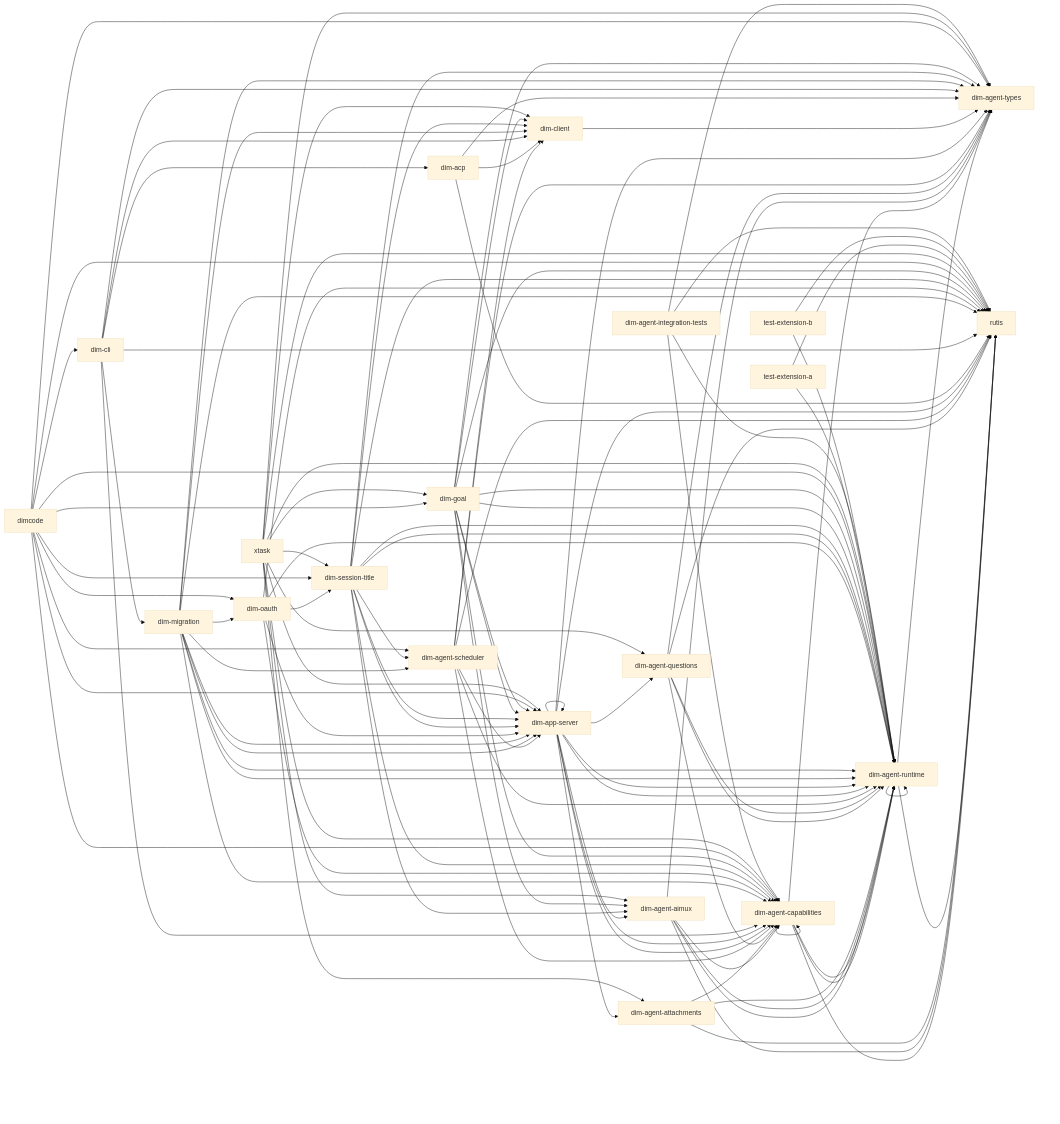
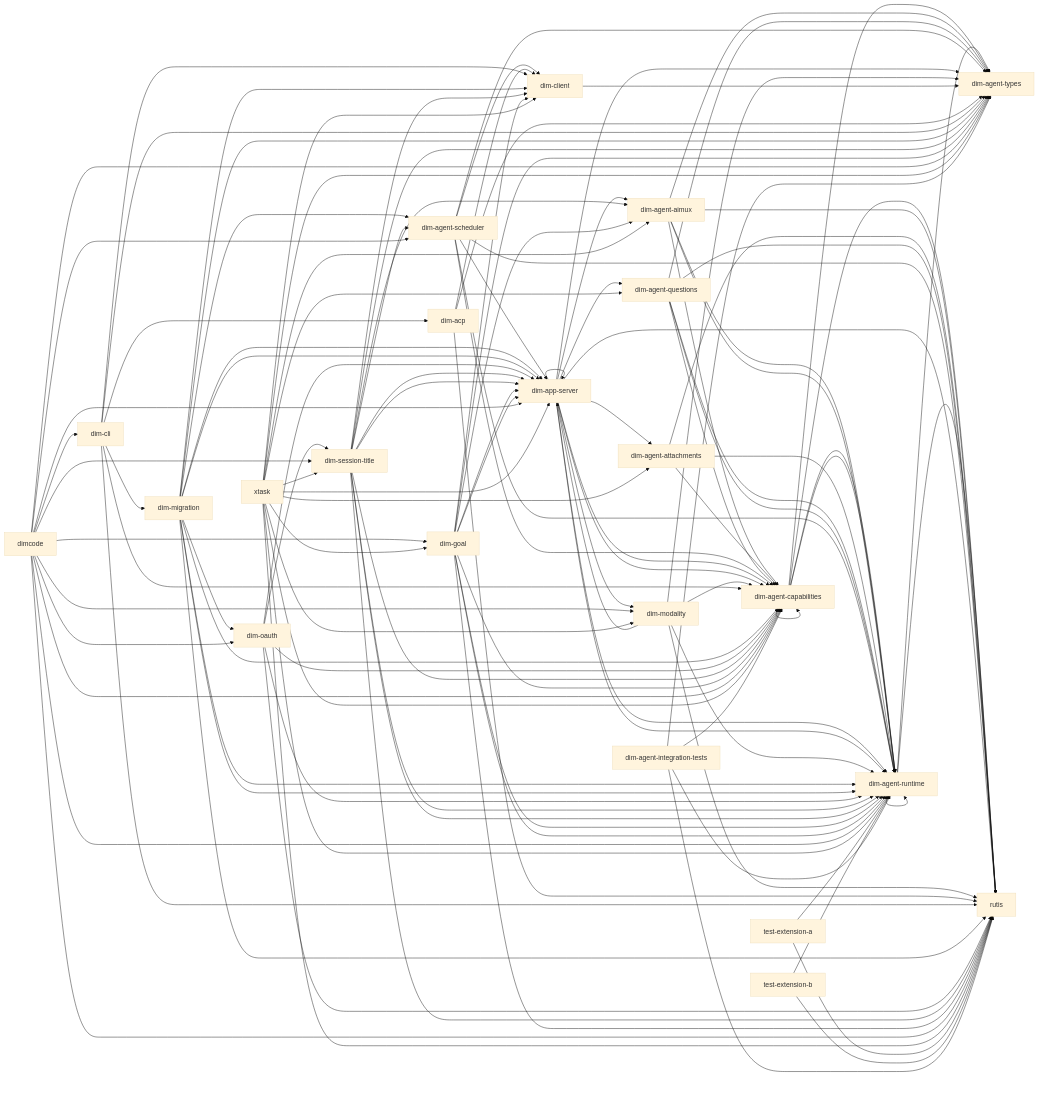
The diagram in docs/architecture/rust-agent/generated/crates.mmd (CoutinhoTTS/dim-agent), drawn with Mermaid (base theme) before and after one commit. The commit also changed 22 other files, not shown here.

```diff
--- a/docs/architecture/rust-agent/generated/crates.mmd
+++ b/docs/architecture/rust-agent/generated/crates.mmd
@@ -1,112 +1,120 @@
 %% Generated from cargo metadata; do not edit.
 flowchart LR
   dim_agent_runtime["dim-agent-runtime"] --> dim_agent_types["dim-agent-types"]
   dim_agent_runtime["dim-agent-runtime"] --> rutis["rutis"]
   dim_agent_runtime["dim-agent-runtime"] --> dim_agent_runtime["dim-agent-runtime"]
   dim_agent_capabilities["dim-agent-capabilities"] --> dim_agent_runtime["dim-agent-runtime"]
   dim_agent_capabilities["dim-agent-capabilities"] --> dim_agent_types["dim-agent-types"]
   dim_agent_capabilities["dim-agent-capabilities"] --> rutis["rutis"]
   dim_agent_capabilities["dim-agent-capabilities"] --> dim_agent_capabilities["dim-agent-capabilities"]
   dim_agent_capabilities["dim-agent-capabilities"] --> dim_agent_runtime["dim-agent-runtime"]
   dim_agent_aimux["dim-agent-aimux"] --> dim_agent_capabilities["dim-agent-capabilities"]
   dim_agent_aimux["dim-agent-aimux"] --> dim_agent_runtime["dim-agent-runtime"]
   dim_agent_aimux["dim-agent-aimux"] --> dim_agent_types["dim-agent-types"]
   dim_agent_aimux["dim-agent-aimux"] --> rutis["rutis"]
   dim_agent_aimux["dim-agent-aimux"] --> dim_agent_runtime["dim-agent-runtime"]
   dim_agent_attachments["dim-agent-attachments"] --> dim_agent_capabilities["dim-agent-capabilities"]
   dim_agent_attachments["dim-agent-attachments"] --> dim_agent_runtime["dim-agent-runtime"]
   dim_agent_attachments["dim-agent-attachments"] --> rutis["rutis"]
   dim_agent_questions["dim-agent-questions"] --> dim_agent_capabilities["dim-agent-capabilities"]
   dim_agent_questions["dim-agent-questions"] --> dim_agent_runtime["dim-agent-runtime"]
   dim_agent_questions["dim-agent-questions"] --> dim_agent_types["dim-agent-types"]
   dim_agent_questions["dim-agent-questions"] --> rutis["rutis"]
   dim_agent_questions["dim-agent-questions"] --> dim_agent_runtime["dim-agent-runtime"]
   dim_agent_scheduler["dim-agent-scheduler"] --> dim_agent_capabilities["dim-agent-capabilities"]
   dim_agent_scheduler["dim-agent-scheduler"] --> dim_agent_runtime["dim-agent-runtime"]
   dim_agent_scheduler["dim-agent-scheduler"] --> dim_agent_types["dim-agent-types"]
   dim_agent_scheduler["dim-agent-scheduler"] --> dim_app_server["dim-app-server"]
   dim_agent_scheduler["dim-agent-scheduler"] --> rutis["rutis"]
   dim_agent_scheduler["dim-agent-scheduler"] --> dim_client["dim-client"]
   dim_app_server["dim-app-server"] --> dim_agent_aimux["dim-agent-aimux"]
   dim_app_server["dim-app-server"] --> dim_agent_attachments["dim-agent-attachments"]
   dim_app_server["dim-app-server"] --> dim_agent_capabilities["dim-agent-capabilities"]
   dim_app_server["dim-app-server"] --> dim_agent_questions["dim-agent-questions"]
   dim_app_server["dim-app-server"] --> dim_agent_runtime["dim-agent-runtime"]
   dim_app_server["dim-app-server"] --> dim_agent_types["dim-agent-types"]
   dim_app_server["dim-app-server"] --> rutis["rutis"]
   dim_app_server["dim-app-server"] --> dim_agent_capabilities["dim-agent-capabilities"]
   dim_app_server["dim-app-server"] --> dim_agent_runtime["dim-agent-runtime"]
   dim_app_server["dim-app-server"] --> dim_app_server["dim-app-server"]
+  dim_app_server["dim-app-server"] --> dim_modality["dim-modality"]
+  dim_modality["dim-modality"] --> dim_agent_capabilities["dim-agent-capabilities"]
+  dim_modality["dim-modality"] --> dim_agent_runtime["dim-agent-runtime"]
+  dim_modality["dim-modality"] --> dim_agent_types["dim-agent-types"]
+  dim_modality["dim-modality"] --> dim_app_server["dim-app-server"]
+  dim_modality["dim-modality"] --> rutis["rutis"]
   dim_client["dim-client"] --> dim_agent_types["dim-agent-types"]
   dim_acp["dim-acp"] --> dim_agent_types["dim-agent-types"]
   dim_acp["dim-acp"] --> dim_client["dim-client"]
   dim_acp["dim-acp"] --> rutis["rutis"]
   dim_cli["dim-cli"] --> dim_acp["dim-acp"]
   dim_cli["dim-cli"] --> dim_agent_capabilities["dim-agent-capabilities"]
   dim_cli["dim-cli"] --> dim_agent_types["dim-agent-types"]
   dim_cli["dim-cli"] --> dim_client["dim-client"]
   dim_cli["dim-cli"] --> dim_migration["dim-migration"]
   dim_cli["dim-cli"] --> rutis["rutis"]
   dim_migration["dim-migration"] --> dim_agent_capabilities["dim-agent-capabilities"]
   dim_migration["dim-migration"] --> dim_agent_runtime["dim-agent-runtime"]
   dim_migration["dim-migration"] --> dim_agent_types["dim-agent-types"]
   dim_migration["dim-migration"] --> dim_app_server["dim-app-server"]
   dim_migration["dim-migration"] --> rutis["rutis"]
   dim_migration["dim-migration"] --> dim_agent_runtime["dim-agent-runtime"]
   dim_migration["dim-migration"] --> dim_agent_scheduler["dim-agent-scheduler"]
   dim_migration["dim-migration"] --> dim_app_server["dim-app-server"]
   dim_migration["dim-migration"] --> dim_client["dim-client"]
   dim_migration["dim-migration"] --> dim_oauth["dim-oauth"]
   dim_oauth["dim-oauth"] --> dim_agent_capabilities["dim-agent-capabilities"]
   dim_oauth["dim-oauth"] --> dim_agent_runtime["dim-agent-runtime"]
   dim_oauth["dim-oauth"] --> dim_app_server["dim-app-server"]
   dim_oauth["dim-oauth"] --> dim_session_title["dim-session-title"]
   dim_oauth["dim-oauth"] --> rutis["rutis"]
   dim_session_title["dim-session-title"] --> dim_agent_capabilities["dim-agent-capabilities"]
   dim_session_title["dim-session-title"] --> dim_agent_runtime["dim-agent-runtime"]
   dim_session_title["dim-session-title"] --> dim_agent_types["dim-agent-types"]
   dim_session_title["dim-session-title"] --> dim_app_server["dim-app-server"]
   dim_session_title["dim-session-title"] --> rutis["rutis"]
   dim_session_title["dim-session-title"] --> dim_agent_aimux["dim-agent-aimux"]
   dim_session_title["dim-session-title"] --> dim_agent_runtime["dim-agent-runtime"]
   dim_session_title["dim-session-title"] --> dim_agent_scheduler["dim-agent-scheduler"]
   dim_session_title["dim-session-title"] --> dim_app_server["dim-app-server"]
   dim_session_title["dim-session-title"] --> dim_client["dim-client"]
   dim_goal["dim-goal"] --> dim_agent_capabilities["dim-agent-capabilities"]
   dim_goal["dim-goal"] --> dim_agent_runtime["dim-agent-runtime"]
   dim_goal["dim-goal"] --> dim_agent_types["dim-agent-types"]
   dim_goal["dim-goal"] --> dim_app_server["dim-app-server"]
   dim_goal["dim-goal"] --> rutis["rutis"]
   dim_goal["dim-goal"] --> dim_agent_aimux["dim-agent-aimux"]
   dim_goal["dim-goal"] --> dim_agent_runtime["dim-agent-runtime"]
   dim_goal["dim-goal"] --> dim_app_server["dim-app-server"]
   dim_goal["dim-goal"] --> dim_client["dim-client"]
   dimcode["dimcode"] --> dim_agent_runtime["dim-agent-runtime"]
   dimcode["dimcode"] --> dim_agent_scheduler["dim-agent-scheduler"]
   dimcode["dimcode"] --> dim_app_server["dim-app-server"]
   dimcode["dimcode"] --> dim_cli["dim-cli"]
   dimcode["dimcode"] --> dim_goal["dim-goal"]
+  dimcode["dimcode"] --> dim_modality["dim-modality"]
   dimcode["dimcode"] --> dim_oauth["dim-oauth"]
   dimcode["dimcode"] --> dim_session_title["dim-session-title"]
   dimcode["dimcode"] --> dim_agent_capabilities["dim-agent-capabilities"]
   dimcode["dimcode"] --> dim_agent_types["dim-agent-types"]
   dimcode["dimcode"] --> rutis["rutis"]
   xtask["xtask"] --> dim_agent_aimux["dim-agent-aimux"]
   xtask["xtask"] --> dim_agent_attachments["dim-agent-attachments"]
   xtask["xtask"] --> dim_agent_capabilities["dim-agent-capabilities"]
   xtask["xtask"] --> dim_agent_questions["dim-agent-questions"]
   xtask["xtask"] --> dim_agent_runtime["dim-agent-runtime"]
   xtask["xtask"] --> dim_agent_types["dim-agent-types"]
   xtask["xtask"] --> dim_app_server["dim-app-server"]
   xtask["xtask"] --> dim_client["dim-client"]
   xtask["xtask"] --> dim_goal["dim-goal"]
+  xtask["xtask"] --> dim_modality["dim-modality"]
   xtask["xtask"] --> dim_session_title["dim-session-title"]
   xtask["xtask"] --> rutis["rutis"]
   test_extension_a["test-extension-a"] --> dim_agent_runtime["dim-agent-runtime"]
   test_extension_a["test-extension-a"] --> rutis["rutis"]
   test_extension_b["test-extension-b"] --> dim_agent_runtime["dim-agent-runtime"]
   test_extension_b["test-extension-b"] --> rutis["rutis"]
   dim_agent_integration_tests["dim-agent-integration-tests"] --> dim_agent_capabilities["dim-agent-capabilities"]
   dim_agent_integration_tests["dim-agent-integration-tests"] --> dim_agent_runtime["dim-agent-runtime"]
   dim_agent_integration_tests["dim-agent-integration-tests"] --> dim_agent_types["dim-agent-types"]
   dim_agent_integration_tests["dim-agent-integration-tests"] --> rutis["rutis"]
```
